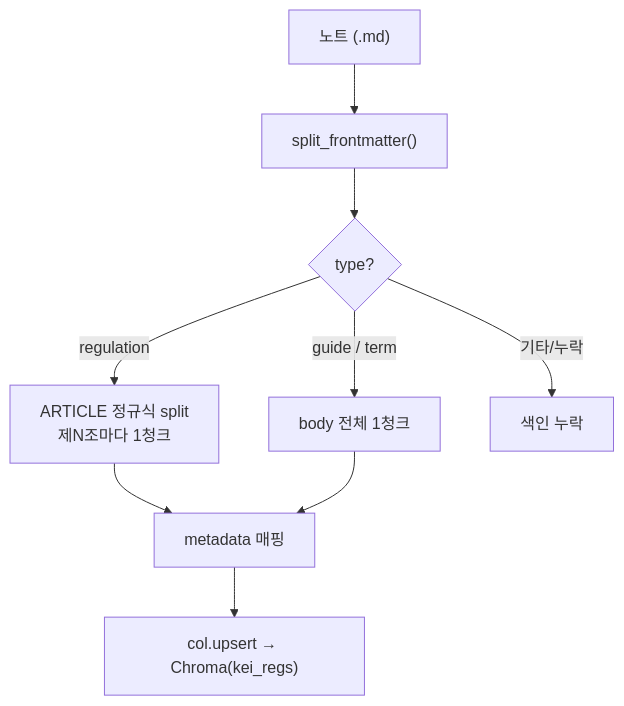
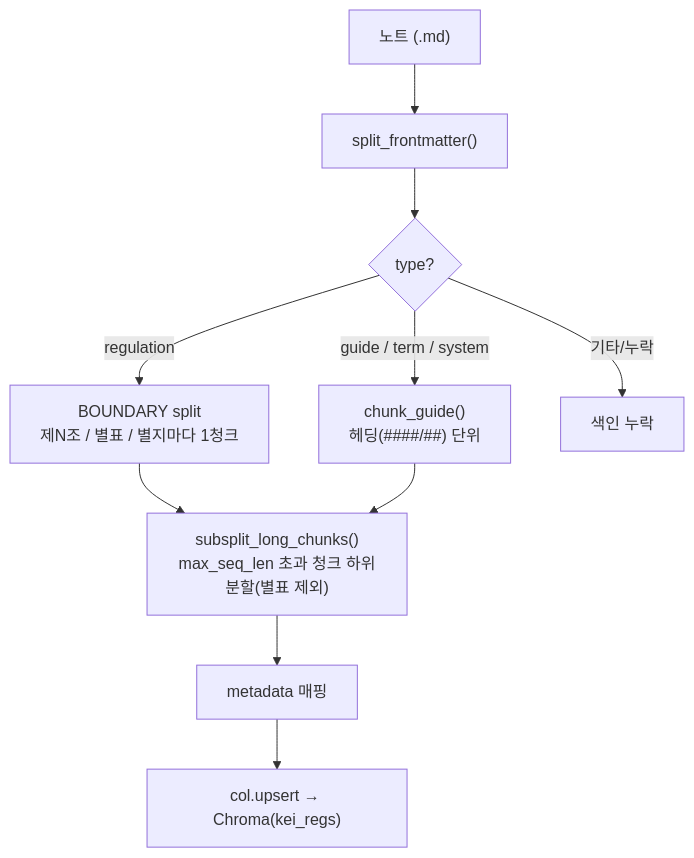
Before and after one commit to mooner92/KEIAdminSuperv: the third of 3 diagrams in docs/03-content-model.md, drawn with Mermaid. The commit also changed other lines of this file and 13 other files, not shown here.

````diff
--- a/docs/03-content-model.md
+++ b/docs/03-content-model.md
@@ -252,11 +289,12 @@
 ```mermaid
 flowchart TD
   N["노트 (.md)"] --> FM["split_frontmatter()"]
   FM --> T{"type?"}
-  T -->|regulation| A["ARTICLE 정규식 split<br/>제N조마다 1청크"]
-  T -->|guide / term| W["body 전체 1청크"]
+  T -->|regulation| A["BOUNDARY split<br/>제N조 / 별표 / 별지마다 1청크"]
+  T -->|guide / term / system| W["chunk_guide()<br/>헤딩(####/##) 단위"]
   T -->|기타/누락| X["색인 누락"]
-  A --> M["metadata 매핑"]
-  W --> M
+  A --> S["subsplit_long_chunks()<br/>max_seq_len 초과 청크 하위분할(별표 제외)"]
+  W --> S
+  S --> M["metadata 매핑"]
   M --> U["col.upsert → Chroma(kei_regs)"]
 ```
````
